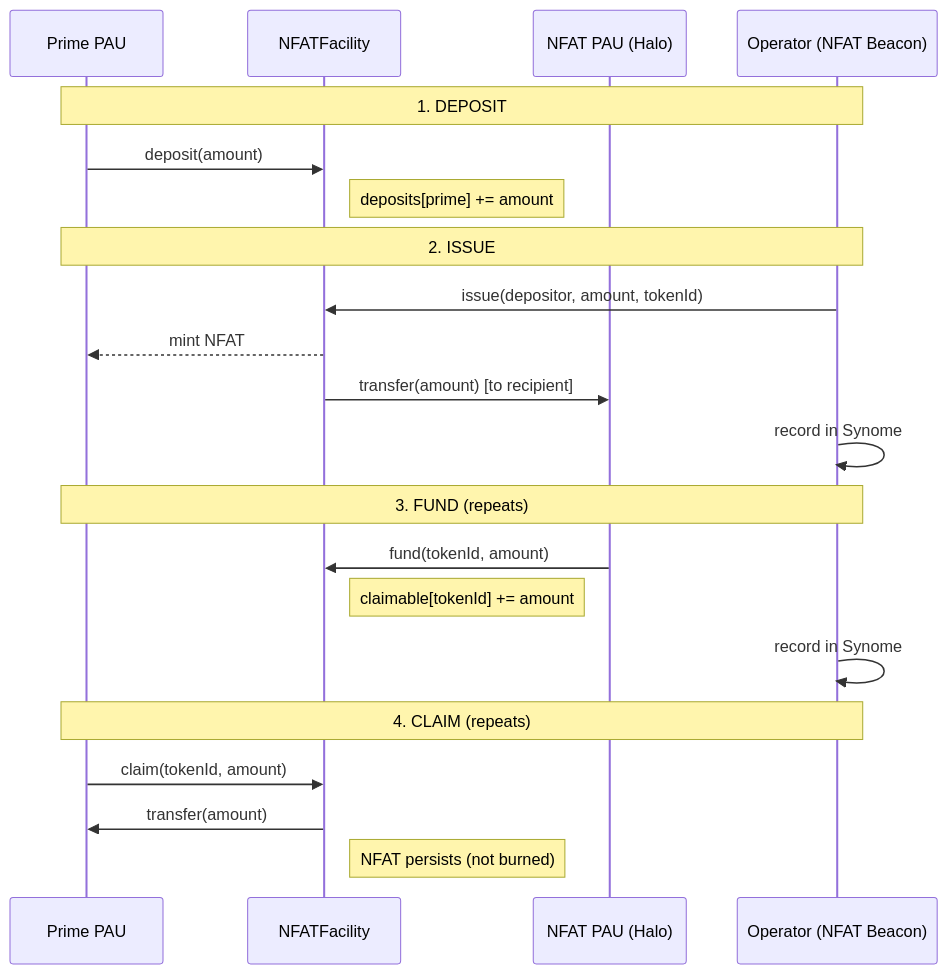
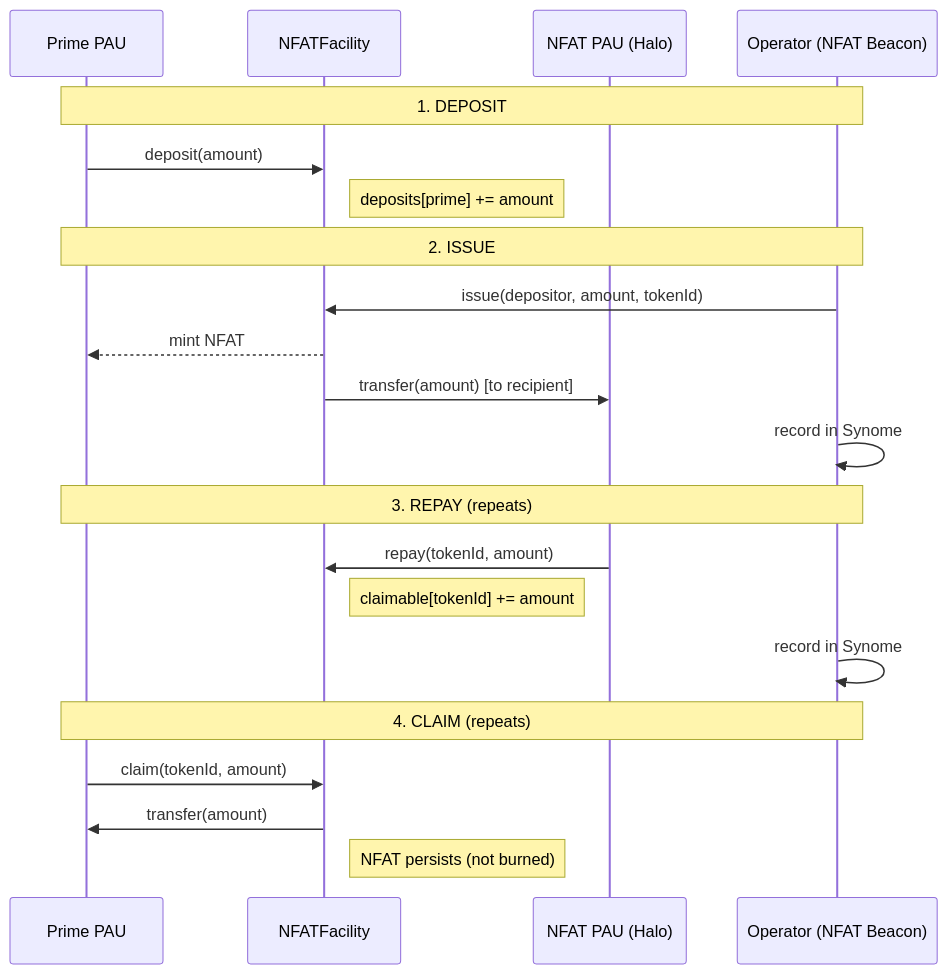
Before and after one commit to archon-research/nfat: the third of 3 diagrams in README.md, drawn with Mermaid. The commit also changed other lines of this file and 2 other files, not shown here.

````diff
--- a/README.md
+++ b/README.md
@@ -49,27 +49,27 @@
 ```mermaid
 sequenceDiagram
     participant Prime as Prime PAU
     participant Facility as NFATFacility
     participant NFATPAU as NFAT PAU (Halo)
     participant Beacon as Operator (NFAT Beacon)
 
     Note over Prime,Beacon: 1. DEPOSIT
     Prime->>Facility: deposit(amount)
     Note right of Facility: deposits[prime] += amount
 
     Note over Prime,Beacon: 2. ISSUE
     Beacon->>Facility: issue(depositor, amount, tokenId)
     Facility-->>Prime: mint NFAT
     Facility->>NFATPAU: transfer(amount) [to recipient]
     Beacon->>Beacon: record in Synome
 
-    Note over Prime,Beacon: 3. FUND (repeats)
-    NFATPAU->>Facility: fund(tokenId, amount)
+    Note over Prime,Beacon: 3. REPAY (repeats)
+    NFATPAU->>Facility: repay(tokenId, amount)
     Note right of Facility: claimable[tokenId] += amount
     Beacon->>Beacon: record in Synome
 
     Note over Prime,Beacon: 4. CLAIM (repeats)
     Prime->>Facility: claim(tokenId, amount)
     Facility->>Prime: transfer(amount)
     Note right of Facility: NFAT persists (not burned)
 ```
````
